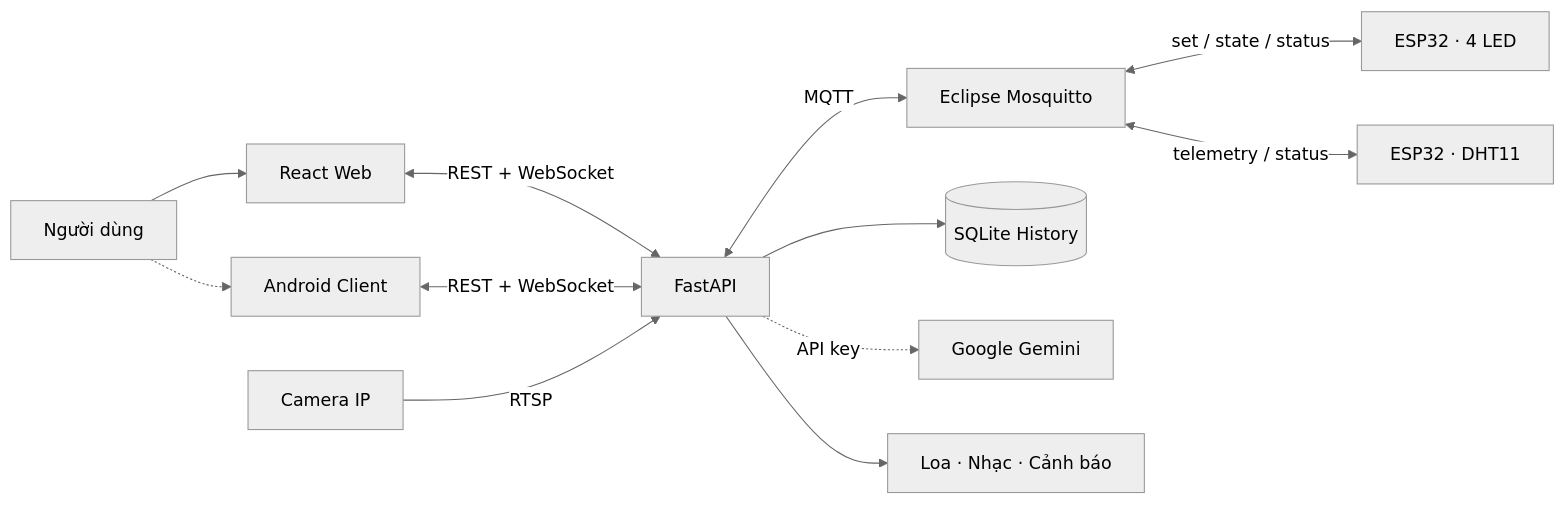
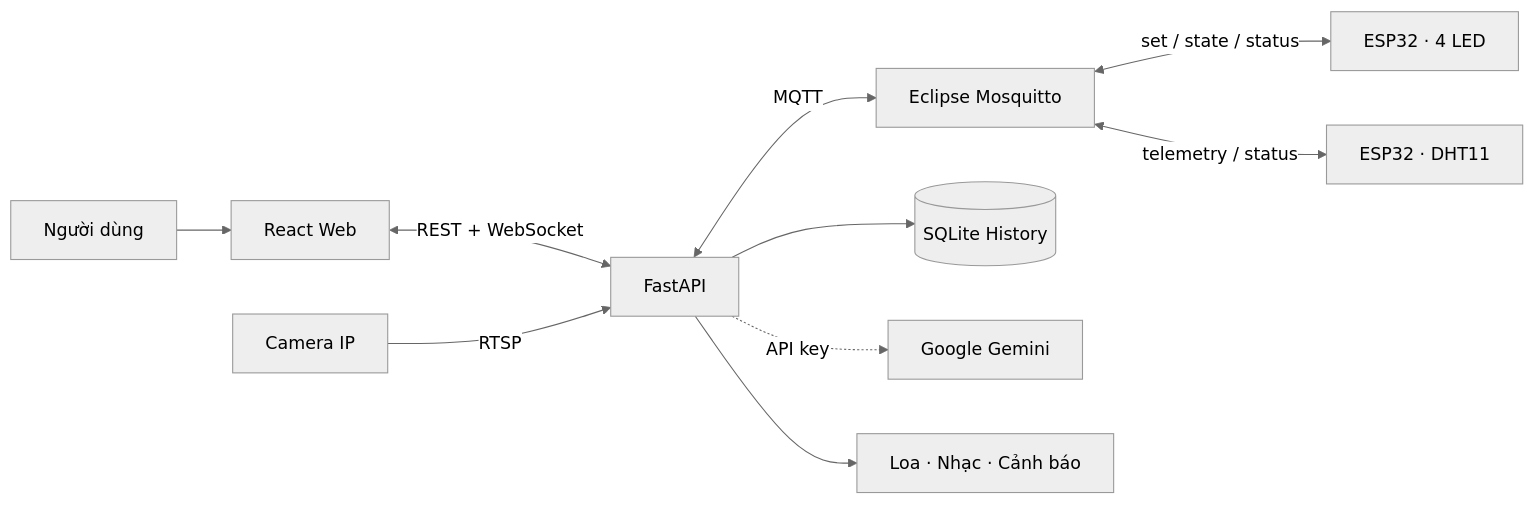
One commit to VyOZzz/Smart-Home-ESP32 changed the first of 2 diagrams in README.md. Above: the diagram before and after it, drawn with Mermaid (neutral theme). The commit also changed other lines of this file and 55 other files, not shown here.

Commit message:
chore: remove unused Android client

````diff
--- a/README.md
+++ b/README.md
@@ -44,16 +43,14 @@
 ```mermaid
 flowchart LR
     user[Người dùng] --> web[React Web]
-    user -.-> mobile[Android Client]
     web <-->|REST + WebSocket| api[FastAPI]
-    mobile <-->|REST + WebSocket| api
 
     api <-->|MQTT| broker[Eclipse Mosquitto]
     broker <-->|set / state / status| lights[ESP32 · 4 LED]
     broker <-->|telemetry / status| sensor[ESP32 · DHT11]
 
     api --> db[(SQLite History)]
     camera[Camera IP] -->|RTSP| api
     api -.->|API key| gemini[Google Gemini]
     api --> audio[Loa · Nhạc · Cảnh báo]
 ```
````
